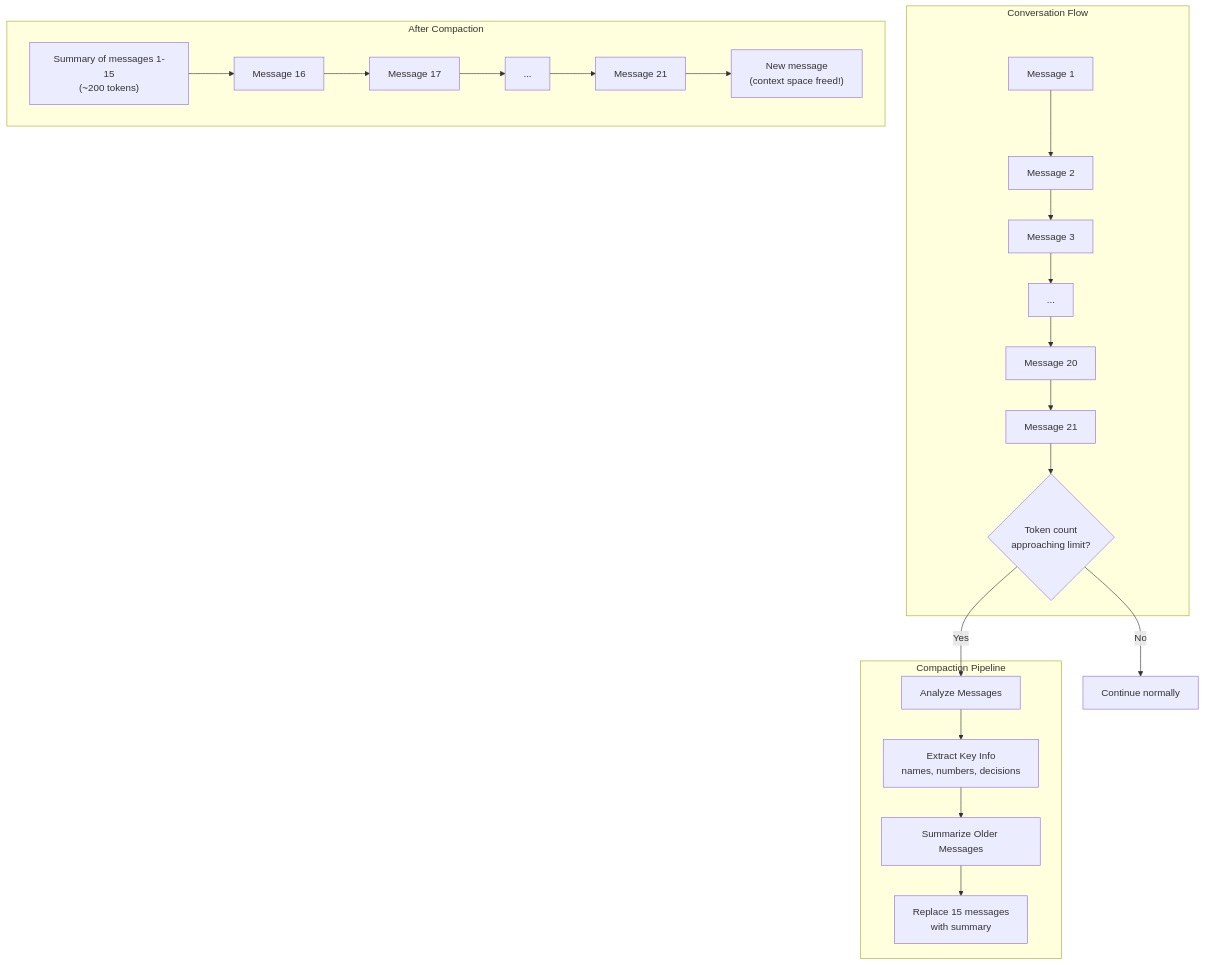
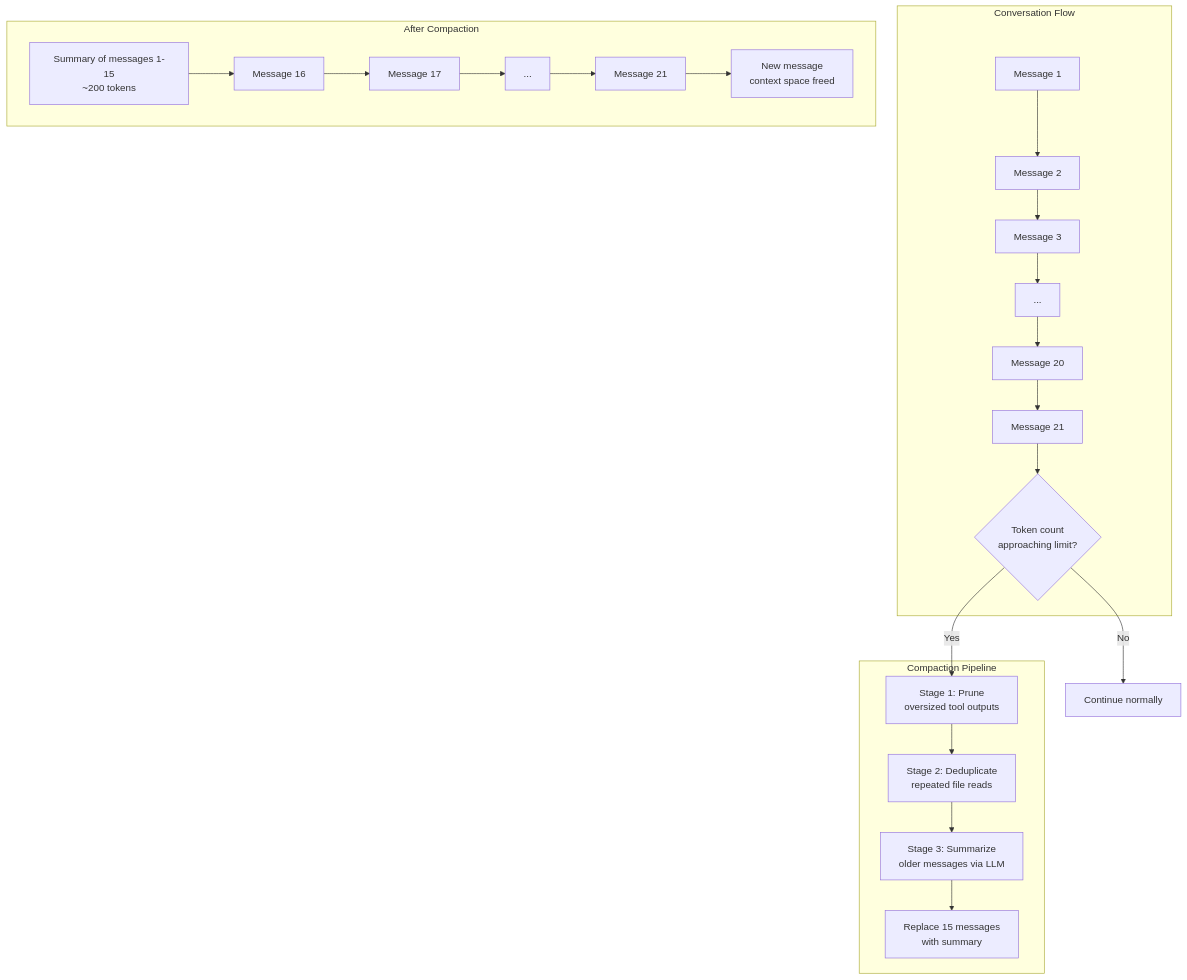
One commit to juspay/neurolink-blog changed the first of 3 diagrams in _posts/2025-12-14-context-compaction.md. Above: the diagram before and after it, drawn with Mermaid. The commit also changed other lines of this file and 172 other files, not shown here.

````diff
--- a/_posts/2025-12-14-context-compaction.md
+++ b/_posts/2025-12-14-context-compaction.md
@@ -36,29 +36,29 @@
 ```mermaid
 flowchart TB
     subgraph Conversation["Conversation Flow"]
         M1["Message 1"] --> M2["Message 2"]
         M2 --> M3["Message 3"]
         M3 --> DOTS1["..."]
         DOTS1 --> M20["Message 20"]
         M20 --> M21["Message 21"]
         M21 --> CHECK{"Token count<br/>approaching limit?"}
     end
 
     subgraph Compaction["Compaction Pipeline"]
-        CHECK -->|"Yes"| ANALYZE["Analyze Messages"]
-        ANALYZE --> EXTRACT["Extract Key Info<br/>names, numbers, decisions"]
-        EXTRACT --> SUMMARIZE["Summarize Older Messages"]
+        CHECK -->|"Yes"| PRUNE["Stage 1: Prune<br/>oversized tool outputs"]
+        PRUNE --> DEDUP["Stage 2: Deduplicate<br/>repeated file reads"]
+        DEDUP --> SUMMARIZE["Stage 3: Summarize<br/>older messages via LLM"]
         SUMMARIZE --> COMPACT["Replace 15 messages<br/>with summary"]
     end
 
     subgraph Result["After Compaction"]
-        SUM["Summary of messages 1-15<br/>(~200 tokens)"]
+        SUM["Summary of messages 1-15<br/>~200 tokens"]
         SUM --> M16R["Message 16"]
         M16R --> M17R["Message 17"]
         M17R --> DOTS2["..."]
         DOTS2 --> M21R["Message 21"]
-        M21R --> NEW["New message<br/>(context space freed!)"]
+        M21R --> NEW["New message<br/>context space freed"]
     end
 
     CHECK -->|"No"| CONTINUE["Continue normally"]
 ```
````
